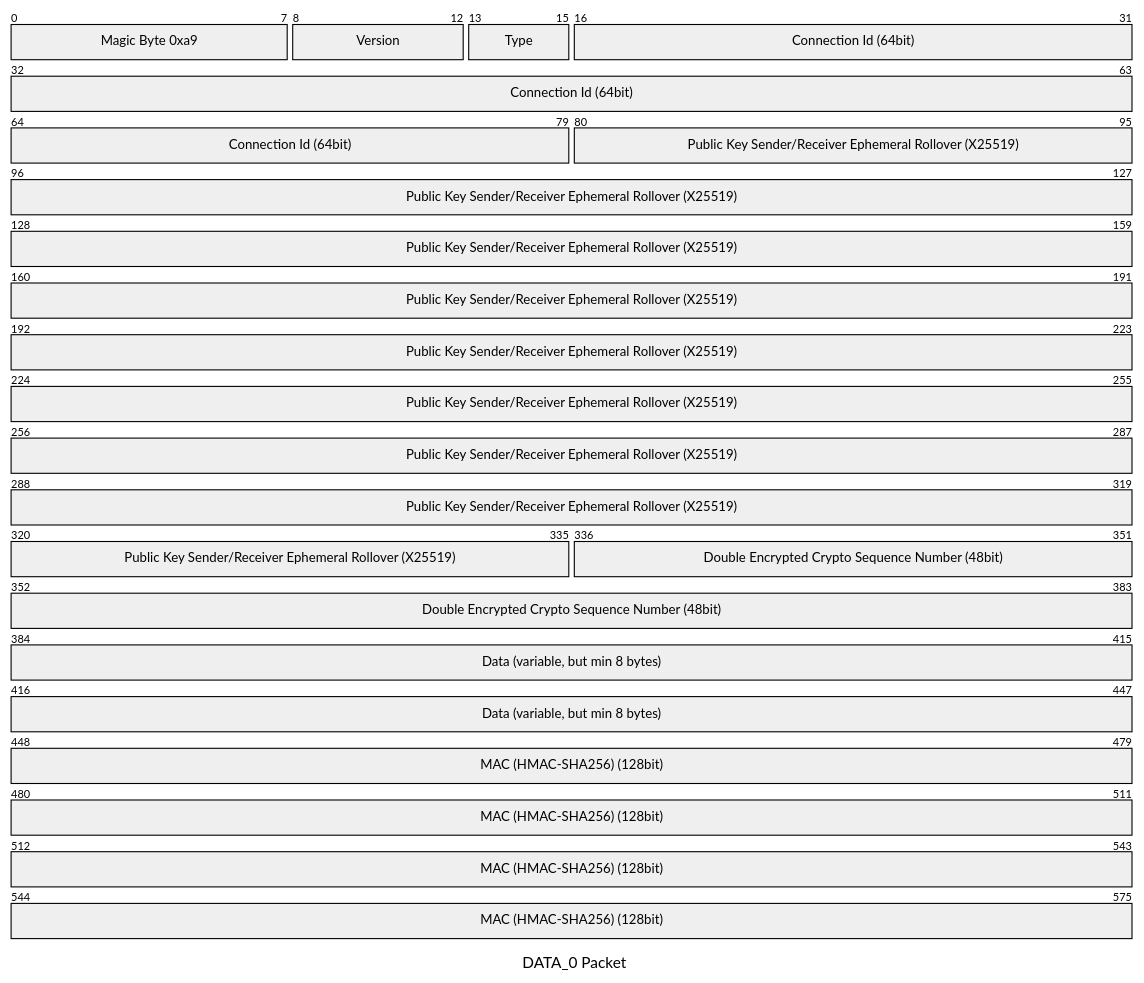
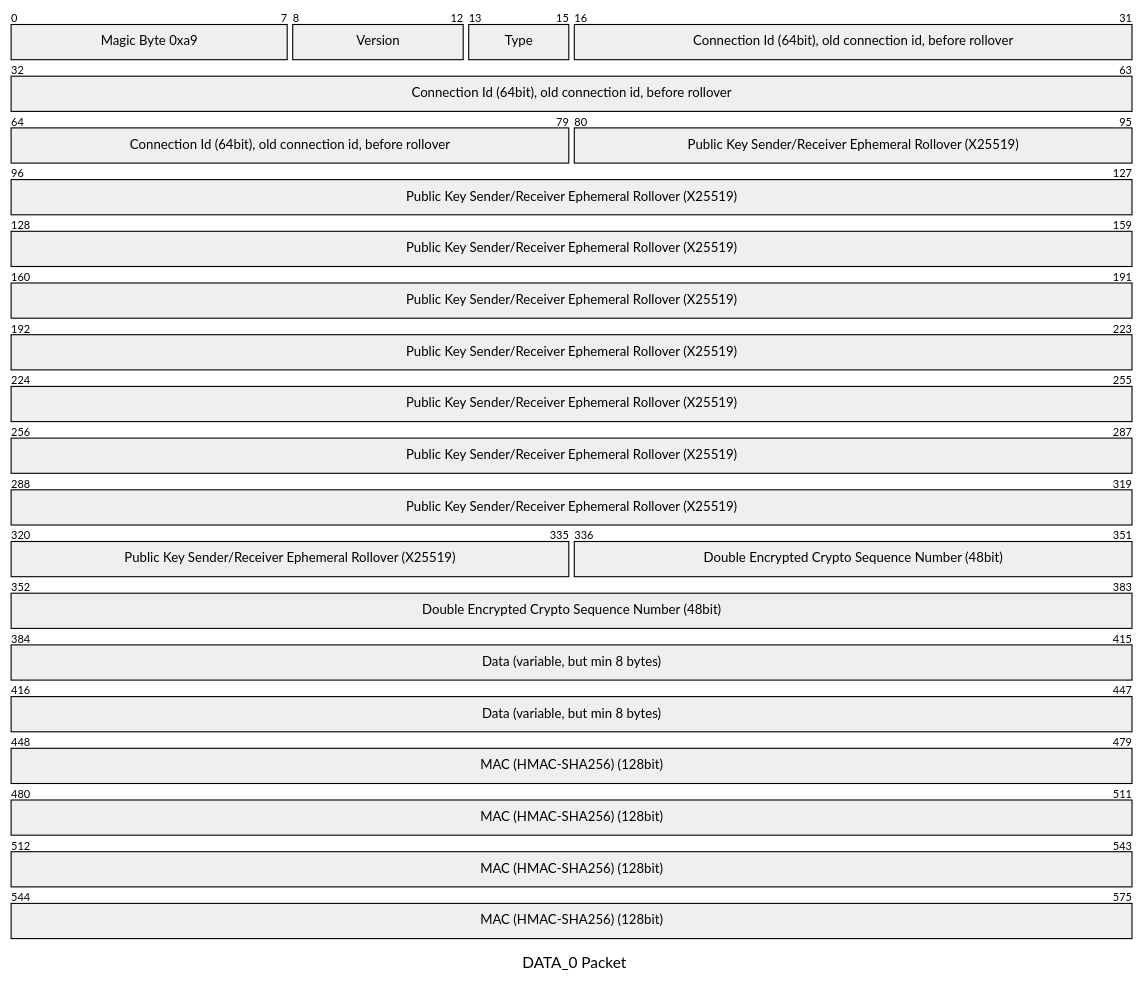
One commit to tbocek/tomtp changed the fifth of 9 diagrams in Readme.md. Above: the diagram before and after it, drawn with Mermaid. The commit also changed other lines of this file and 8 other files, not shown here.

````diff
--- a/Readme.md
+++ b/Readme.md
@@ -165,14 +165,14 @@
 ```mermaid
 ---
 title: "DATA_0 Packet"
 ---
 packet-beta
   0-7: "Magic Byte 0xa9"
   8-12: "Version"
   13-15: "Type"
-  16-79: "Connection Id (64bit)"
+  16-79: "Connection Id (64bit), old connection id, before rollover"
   80-335: "Public Key Sender/Receiver Ephemeral Rollover (X25519)"
   336-383: "Double Encrypted Crypto Sequence Number (48bit)"
   384-447: "Data (variable, but min 8 bytes)"
   448-575: "MAC (HMAC-SHA256) (128bit)"
 ```
````
